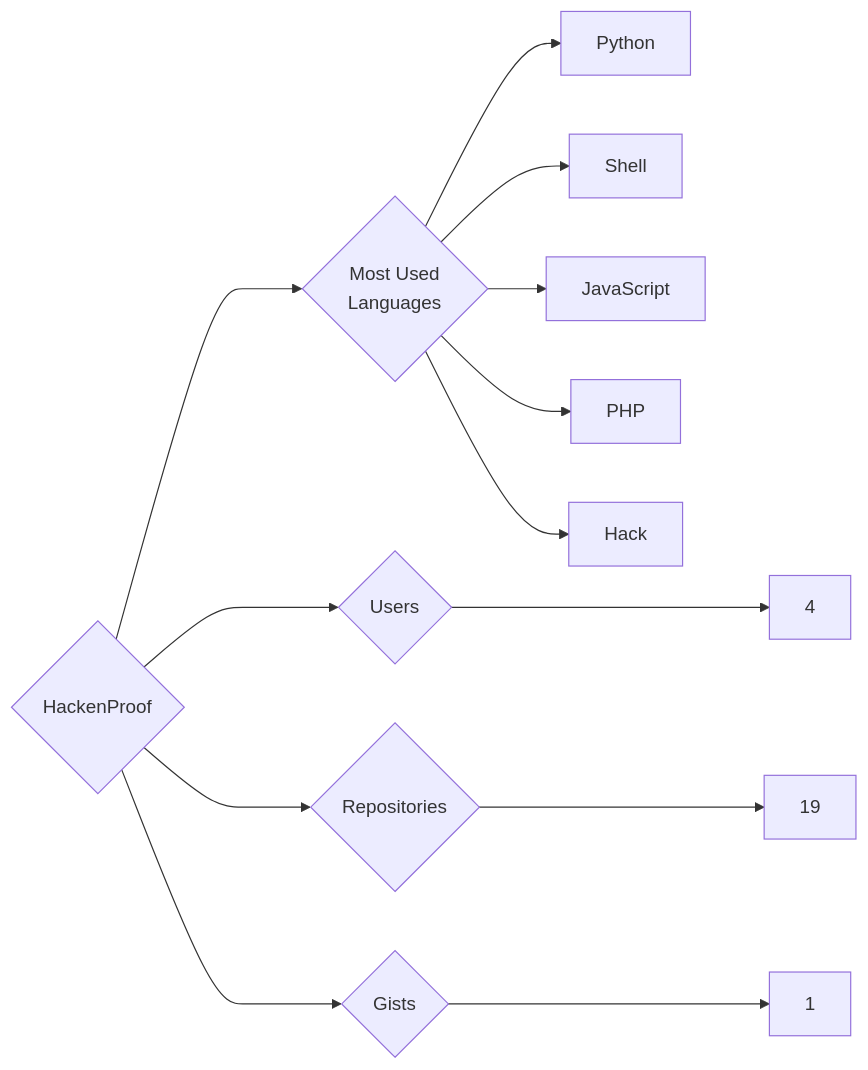
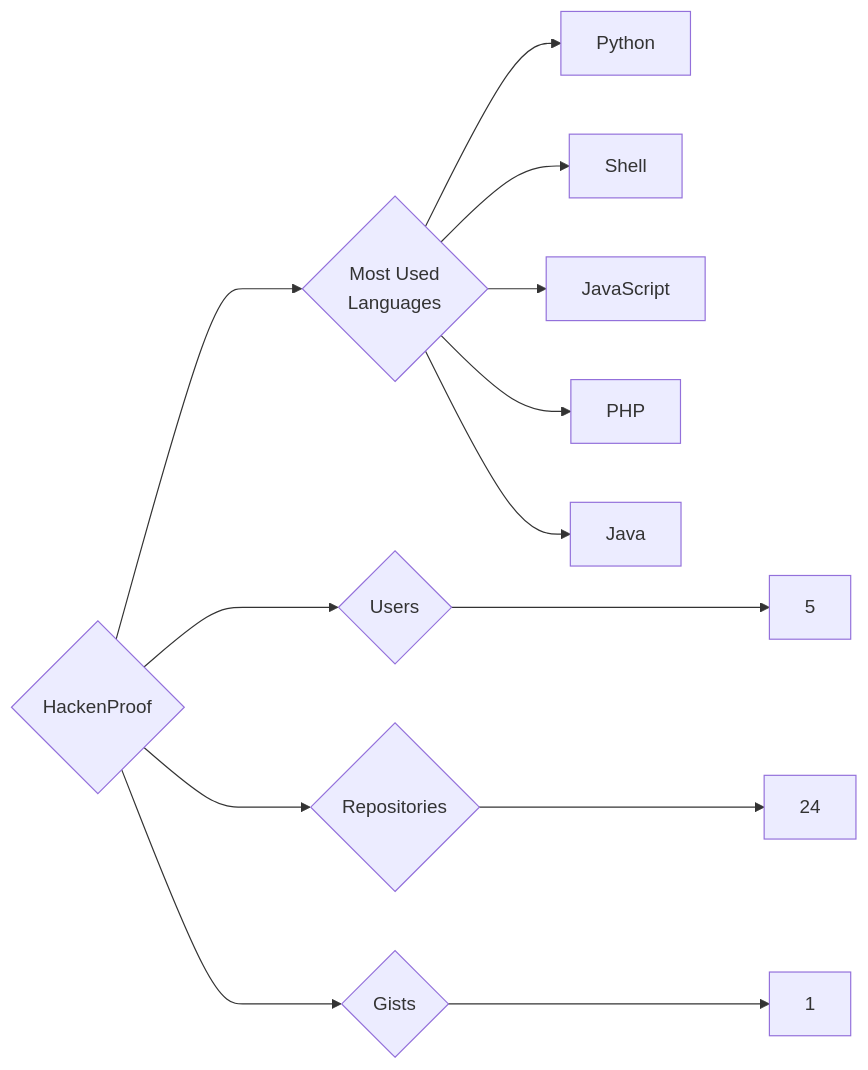
One commit to trickest/insiders changed the diagram in targets/HackenProof/README.md. Above: the diagram before and after it, drawn with Mermaid. The commit also changed 1088 other files, not shown here.

````diff
--- a/targets/HackenProof/README.md
+++ b/targets/HackenProof/README.md
@@ -3,13 +3,13 @@
 ```mermaid
 graph LR
 COMPANY_NAME{HackenProof}
-COMPANY_NAME ---> U{Users} ---> UN[4]
-COMPANY_NAME ---> R{Repositories} ---> RN[19]
+COMPANY_NAME ---> U{Users} ---> UN[5]
+COMPANY_NAME ---> R{Repositories} ---> RN[24]
 COMPANY_NAME ---> G{Gists} ---> GN[1]
 COMPANY_NAME ---> ML{Most Used<br>Languages}
 ML --> Python[Python]
 ML --> Shell[Shell]
 ML --> JavaScript[JavaScript]
 ML --> PHP[PHP]
-ML --> Hack[Hack]
+ML --> Java[Java]
 ```
````
